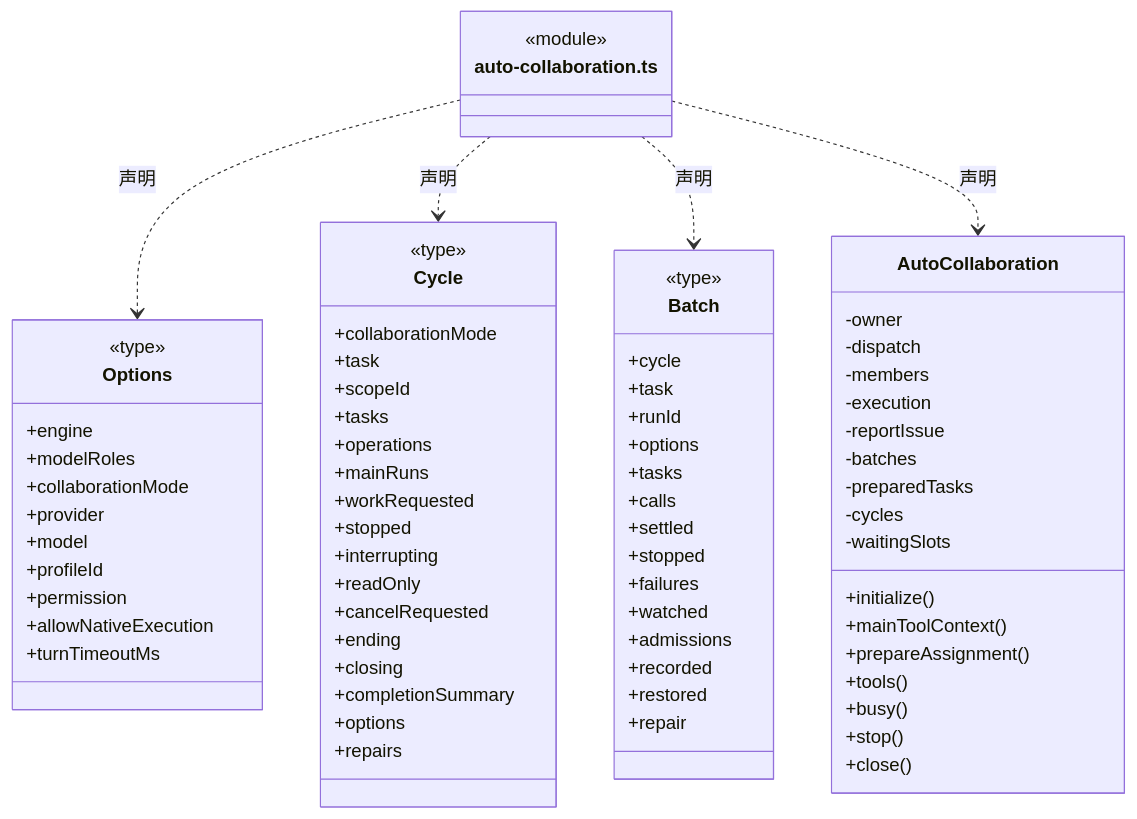
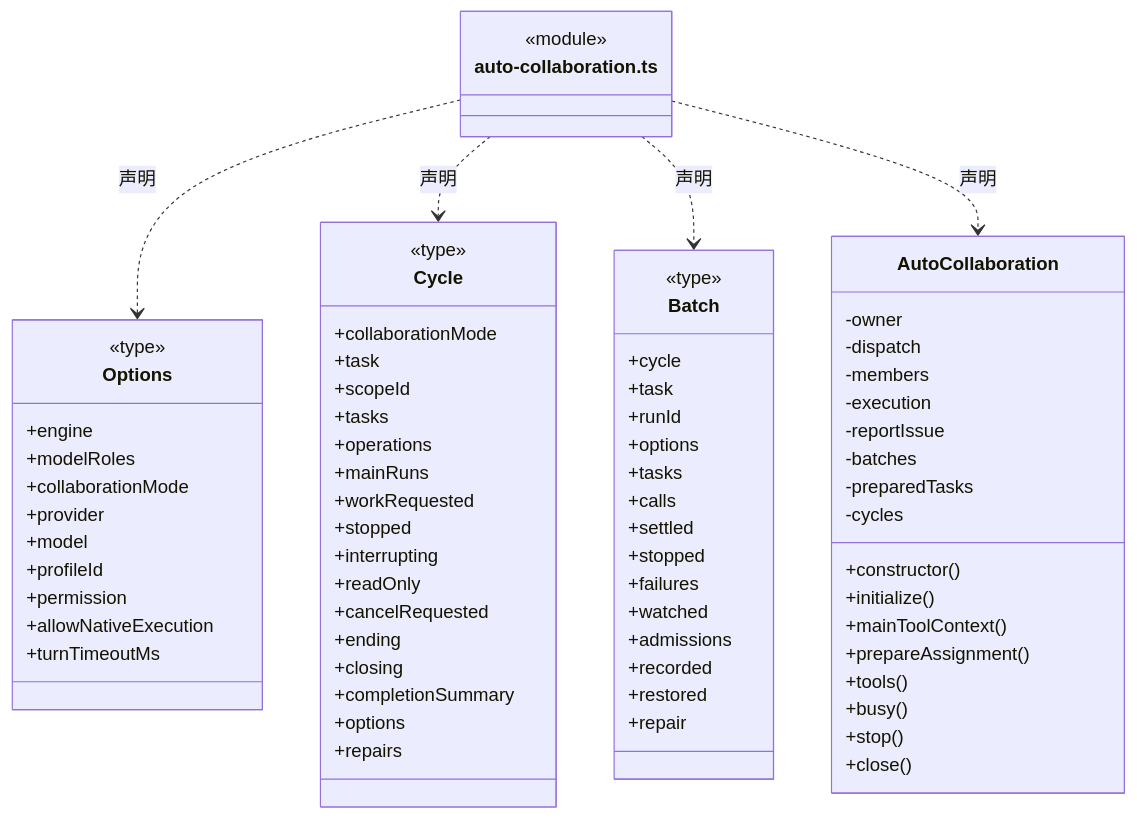
One commit to nan023062/cbim changed the first of 15 diagrams in src/logic/dispatch/runtime/ARCHITECTURE.md. Above: the diagram before and after it, drawn with Mermaid. The commit also changed other lines of this file and 139 other files, not shown here.

Commit message:
docs(architecture): add source reading paths and complete file inventories

````diff
--- a/src/logic/dispatch/runtime/ARCHITECTURE.md
+++ b/src/logic/dispatch/runtime/ARCHITECTURE.md
@@ -26,76 +30,76 @@
 ```mermaid
 classDiagram
 class N_src_logic_dispatch_runtime_auto_collaboration_ts["auto-collaboration.ts"] {
   <<module>>
 }
 class N_src_logic_dispatch_runtime_auto_collaboration_ts_Options["Options"] {
   <<type>>
   +engine
   +modelRoles
   +collaborationMode
   +provider
   +model
   +profileId
   +permission
   +allowNativeExecution
   +turnTimeoutMs
 }
 N_src_logic_dispatch_runtime_auto_collaboration_ts ..> N_src_logic_dispatch_runtime_auto_collaboration_ts_Options : 声明
 class N_src_logic_dispatch_runtime_auto_collaboration_ts_Cycle["Cycle"] {
   <<type>>
   +collaborationMode
   +task
   +scopeId
   +tasks
   +operations
   +mainRuns
   +workRequested
   +stopped
   +interrupting
   +readOnly
   +cancelRequested
   +ending
   +closing
   +completionSummary
   +options
   +repairs
 }
 N_src_logic_dispatch_runtime_auto_collaboration_ts ..> N_src_logic_dispatch_runtime_auto_collaboration_ts_Cycle : 声明
 class N_src_logic_dispatch_runtime_auto_collaboration_ts_Batch["Batch"] {
   <<type>>
   +cycle
   +task
   +runId
   +options
   +tasks
   +calls
   +settled
   +stopped
   +failures
   +watched
   +admissions
   +recorded
   +restored
   +repair
 }
 N_src_logic_dispatch_runtime_auto_collaboration_ts ..> N_src_logic_dispatch_runtime_auto_collaboration_ts_Batch : 声明
 class N_src_logic_dispatch_runtime_auto_collaboration_ts_AutoCollaboration["AutoCollaboration"] {
+  +constructor()
   +initialize()
   +mainToolContext()
   +prepareAssignment()
   +tools()
   +busy()
   +stop()
   +close()
   -owner
   -dispatch
   -members
   -execution
   -reportIssue
   -batches
   -preparedTasks
   -cycles
-  -waitingSlots
 }
 N_src_logic_dispatch_runtime_auto_collaboration_ts ..> N_src_logic_dispatch_runtime_auto_collaboration_ts_AutoCollaboration : 声明
 ```
````
